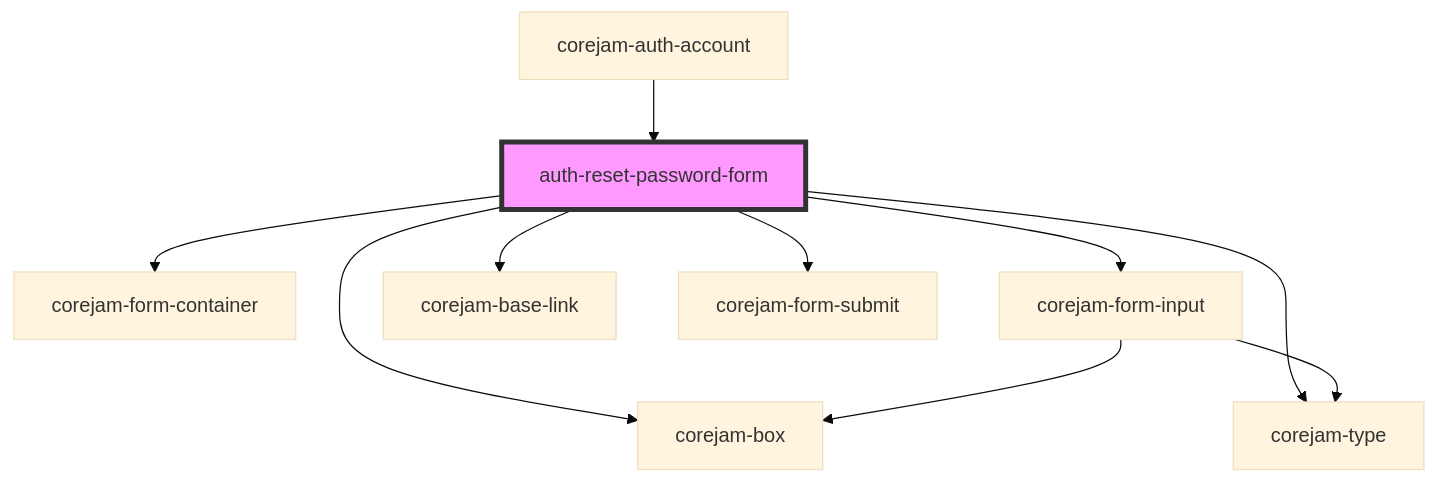
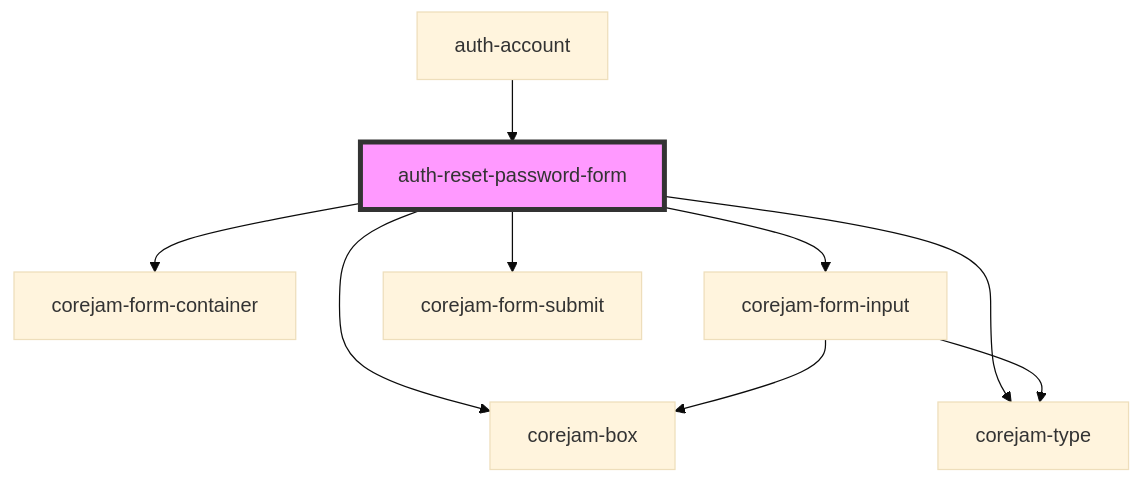
The diagram in packages/auth/app/components/ResetPasswordForm/readme.md (corejam/corejam), drawn with Mermaid (base theme) before and after one commit. The commit also changed other lines of this file and 43 other files, not shown here.

````diff
--- a/packages/auth/app/components/ResetPasswordForm/readme.md
+++ b/packages/auth/app/components/ResetPasswordForm/readme.md
@@ -24,13 +23,12 @@
 ```mermaid
 graph TD;
   auth-reset-password-form --> corejam-box
   auth-reset-password-form --> corejam-type
   auth-reset-password-form --> corejam-form-container
   auth-reset-password-form --> corejam-form-input
-  auth-reset-password-form --> corejam-base-link
   auth-reset-password-form --> corejam-form-submit
   corejam-form-input --> corejam-box
   corejam-form-input --> corejam-type
-  corejam-auth-account --> auth-reset-password-form
+  auth-account --> auth-reset-password-form
   style auth-reset-password-form fill:#f9f,stroke:#333,stroke-width:4px
 ```
````
